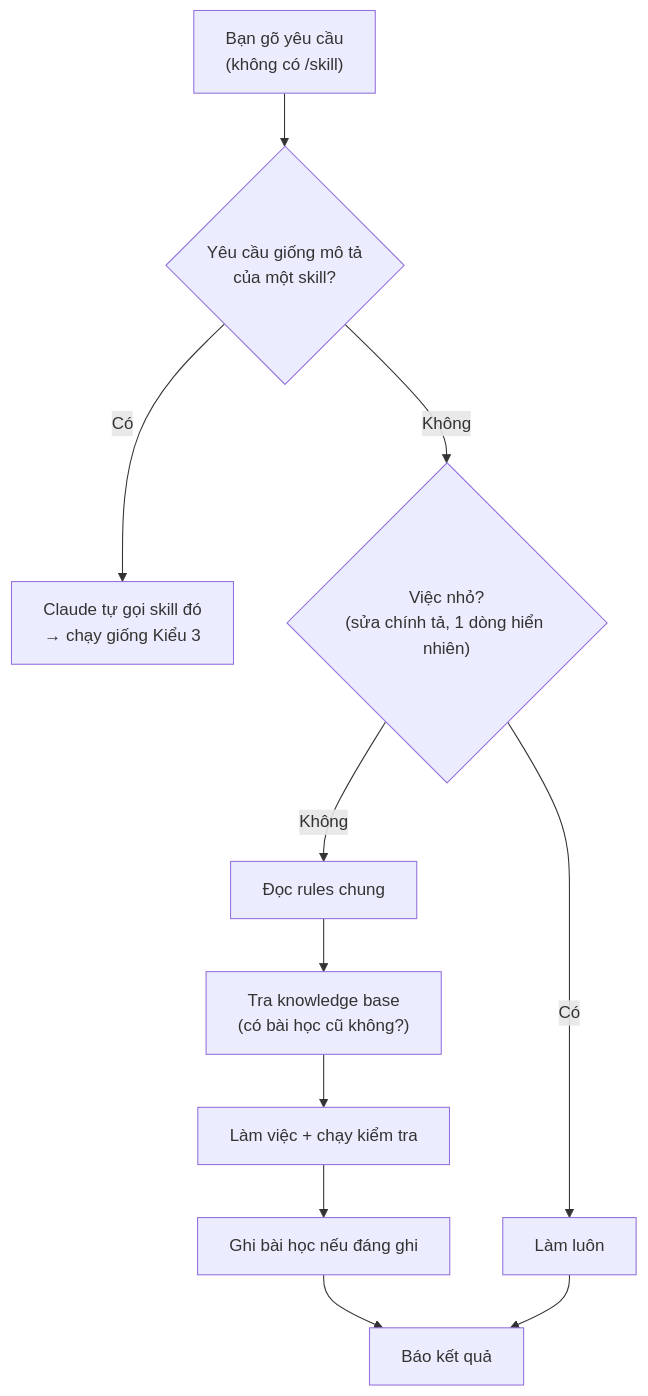
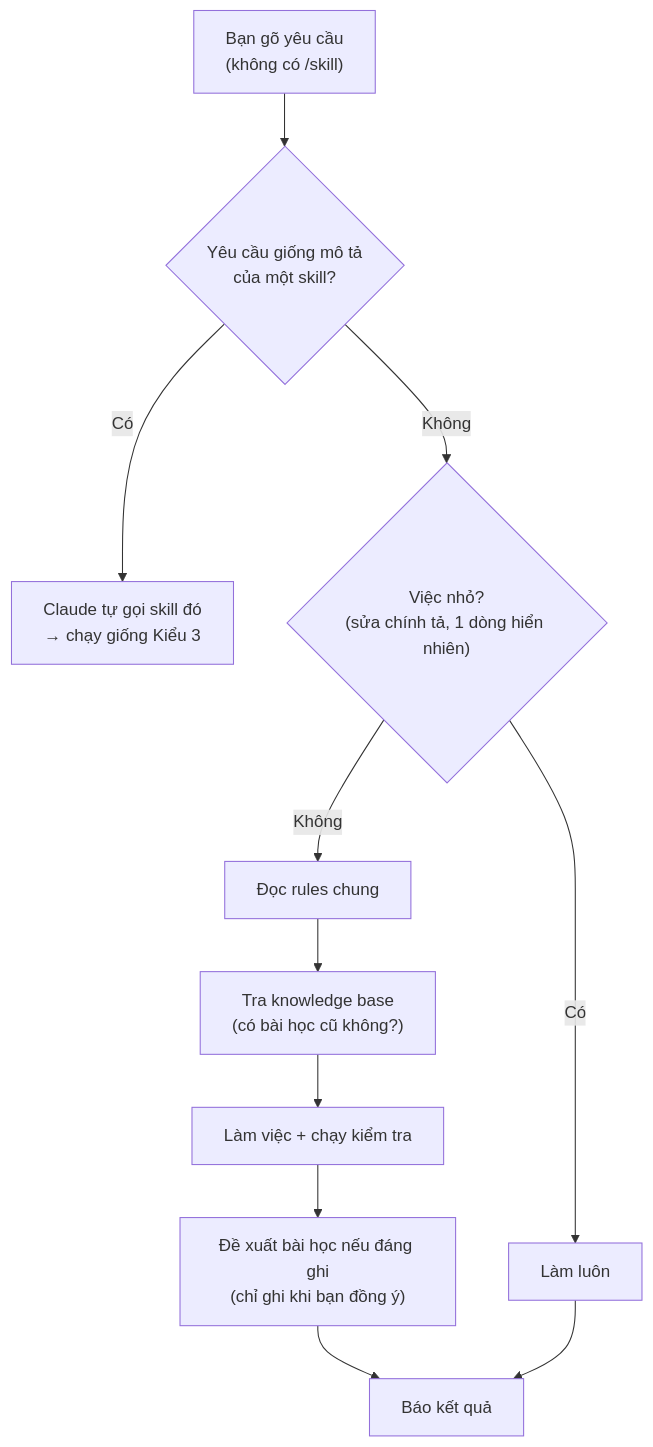
Before and after one commit to phthuan/Cadena.AI-Engineering: the first of 5 diagrams in docs/execution-flow.md, drawn with Mermaid. The commit also changed other lines of this file and 79 other files, not shown here.

````diff
--- a/docs/execution-flow.md
+++ b/docs/execution-flow.md
@@ -33,13 +33,13 @@
 ```mermaid
 flowchart TD
     U["Bạn gõ yêu cầu<br/>(không có /skill)"] --> Q1{"Yêu cầu giống mô tả<br/>của một skill?"}
     Q1 -- "Có" --> SK["Claude tự gọi skill đó<br/>→ chạy giống Kiểu 3"]
     Q1 -- "Không" --> Q2{"Việc nhỏ?<br/>(sửa chính tả, 1 dòng hiển nhiên)"}
     Q2 -- "Có" --> DO["Làm luôn"]
     Q2 -- "Không" --> R["Đọc rules chung"]
     R --> K1["Tra knowledge base<br/>(có bài học cũ không?)"]
     K1 --> W["Làm việc + chạy kiểm tra"]
-    W --> K2["Ghi bài học nếu đáng ghi"]
+    W --> K2["Đề xuất bài học nếu đáng ghi<br/>(chỉ ghi khi bạn đồng ý)"]
     K2 --> END["Báo kết quả"]
     DO --> END
 ```
````
